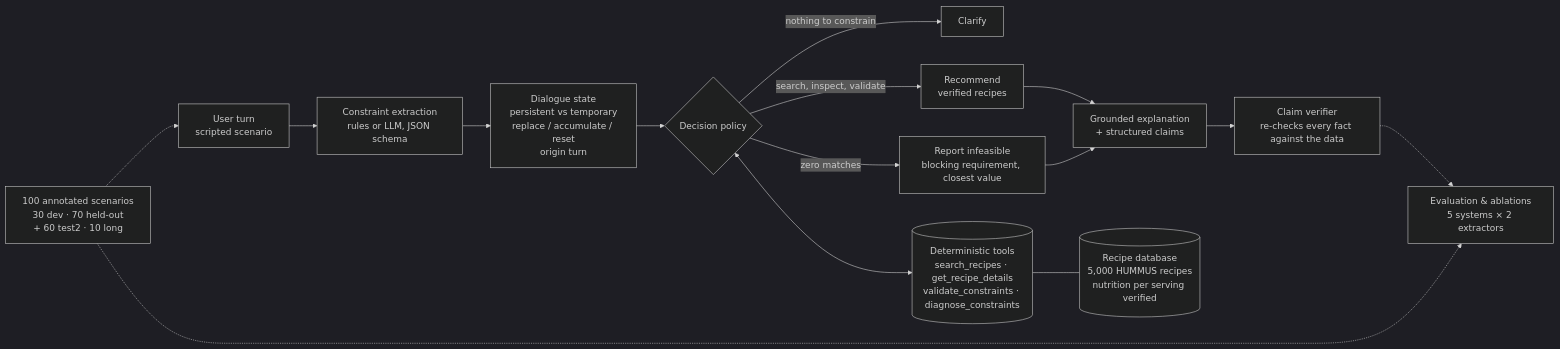
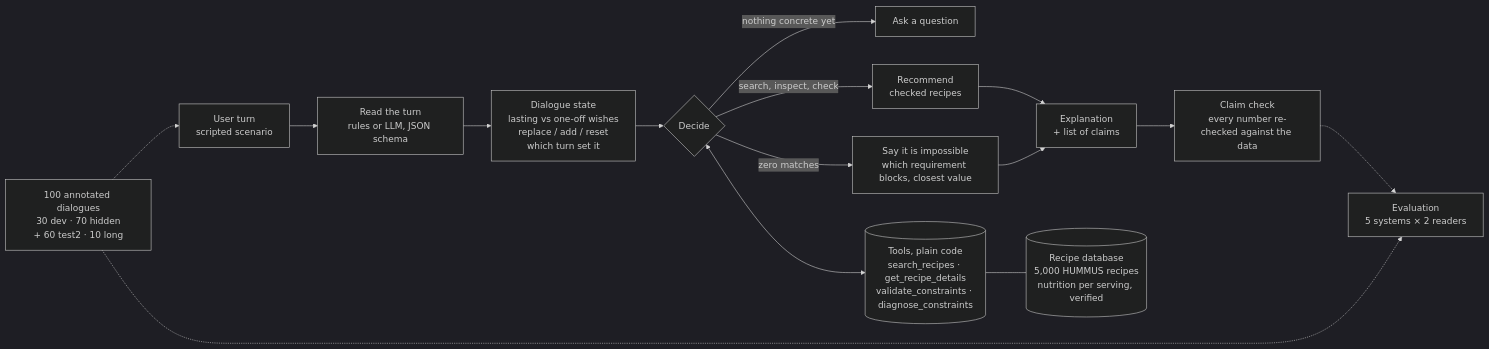
One commit to Abdurrehman994/recipe-agent changed the diagram in README.md. Above: the diagram before and after it, drawn with Mermaid (dark theme). The commit also changed other lines of this file, not shown here.

Commit message:
README: rewrite in plain language

````diff
--- a/README.md
+++ b/README.md
@@ -44,17 +52,17 @@
 ```mermaid
 flowchart LR
-    U[User turn<br/>scripted scenario] --> X[Constraint extraction<br/>rules or LLM, JSON schema]
-    X --> S[Dialogue state<br/>persistent vs temporary<br/>replace / accumulate / reset<br/>origin turn]
-    S --> P{Decision policy}
-    P -->|nothing to constrain| C[Clarify]
-    P -->|search, inspect, validate| R[Recommend<br/>verified recipes]
-    P -->|zero matches| I[Report infeasible<br/>blocking requirement, closest value]
-    P <--> T[(Deterministic tools<br/>search_recipes · get_recipe_details<br/>validate_constraints · diagnose_constraints)]
-    T --- D[(Recipe database<br/>5,000 HUMMUS recipes<br/>nutrition per serving verified)]
-    R --> E[Grounded explanation<br/>+ structured claims]
+    U[User turn<br/>scripted scenario] --> X[Read the turn<br/>rules or LLM, JSON schema]
+    X --> S[Dialogue state<br/>lasting vs one-off wishes<br/>replace / add / reset<br/>which turn set it]
+    S --> P{Decide}
+    P -->|nothing concrete yet| C[Ask a question]
+    P -->|search, inspect, check| R[Recommend<br/>checked recipes]
+    P -->|zero matches| I[Say it is impossible<br/>which requirement blocks, closest value]
+    P <--> T[(Tools, plain code<br/>search_recipes · get_recipe_details<br/>validate_constraints · diagnose_constraints)]
+    T --- D[(Recipe database<br/>5,000 HUMMUS recipes<br/>nutrition per serving, verified)]
+    R --> E[Explanation<br/>+ list of claims]
     I --> E
-    E --> V[Claim verifier<br/>re-checks every fact against the data]
-    SC[100 annotated scenarios<br/>30 dev · 70 held-out<br/>+ 60 test2 · 10 long] -.-> U
-    SC -.-> M[Evaluation & ablations<br/>5 systems × 2 extractors]
+    E --> V[Claim check<br/>every number re-checked against the data]
+    SC[100 annotated dialogues<br/>30 dev · 70 hidden<br/>+ 60 test2 · 10 long] -.-> U
+    SC -.-> M[Evaluation<br/>5 systems × 2 readers]
     V -.-> M
 ```
````
